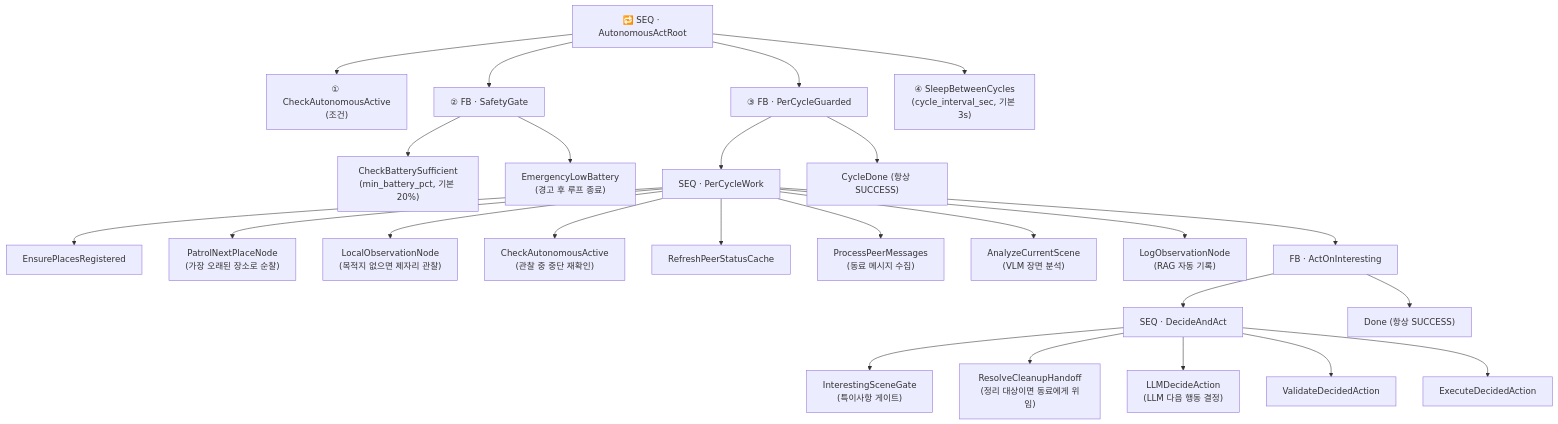
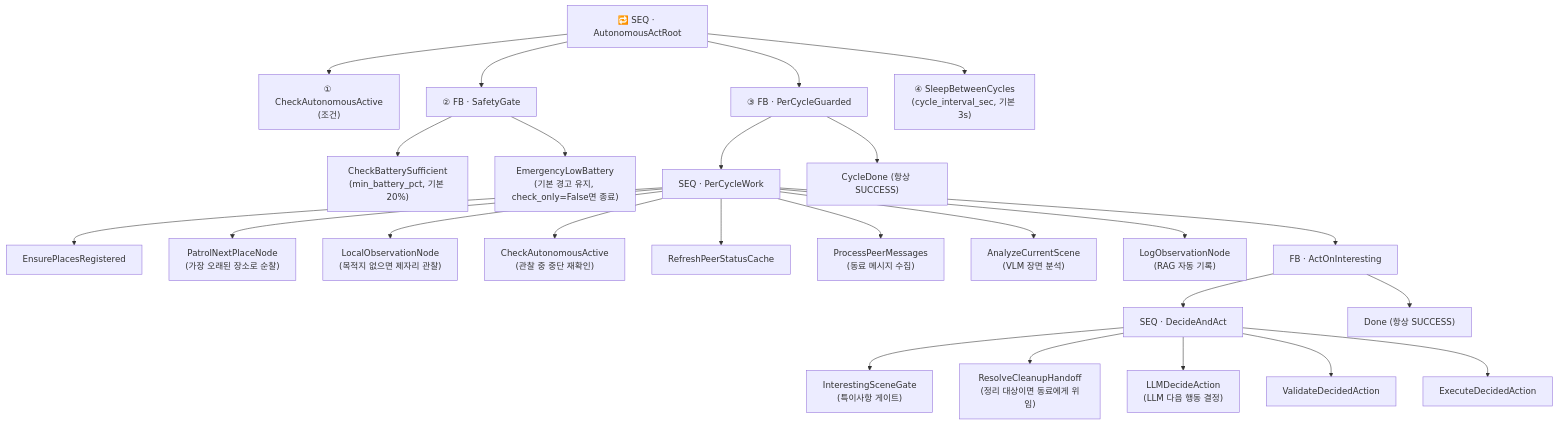
One commit to Open-Edge-Robotics/A.RobotAI-Robot-RoboClaw changed the second of 2 diagrams in docs/behavior-tree/README.md. Above: the diagram before and after it, drawn with Mermaid. The commit also changed other lines of this file and 45 other files, not shown here.

````diff
--- a/docs/behavior-tree/README.md
+++ b/docs/behavior-tree/README.md
@@ -152,32 +152,32 @@
 ```mermaid
 flowchart TB
     Root["🔁 SEQ · AutonomousActRoot"]
     Root --> A1["① CheckAutonomousActive\n(조건)"]
     Root --> A2["② FB · SafetyGate"]
     Root --> A3["③ FB · PerCycleGuarded"]
     Root --> A4["④ SleepBetweenCycles\n(cycle_interval_sec, 기본 3s)"]
 
     A2 --> B1["CheckBatterySufficient\n(min_battery_pct, 기본 20%)"]
-    A2 --> B2["EmergencyLowBattery\n(경고 후 루프 종료)"]
+    A2 --> B2["EmergencyLowBattery\n(기본 경고 유지, check_only=False면 종료)"]
 
     A3 --> C1["SEQ · PerCycleWork"]
     A3 --> C2["CycleDone (항상 SUCCESS)"]
 
     C1 --> D1["EnsurePlacesRegistered"]
     C1 --> D2["PatrolNextPlaceNode\n(가장 오래된 장소로 순찰)"]
     C1 --> D3["LocalObservationNode\n(목적지 없으면 제자리 관찰)"]
     C1 --> D4["CheckAutonomousActive\n(관찰 중 중단 재확인)"]
     C1 --> D5["RefreshPeerStatusCache"]
     C1 --> D6["ProcessPeerMessages\n(동료 메시지 수집)"]
     C1 --> D7["AnalyzeCurrentScene\n(VLM 장면 분석)"]
     C1 --> D8["LogObservationNode\n(RAG 자동 기록)"]
     C1 --> D9["FB · ActOnInteresting"]
 
     D9 --> G1["SEQ · DecideAndAct"]
     D9 --> G2["Done (항상 SUCCESS)"]
     G1 --> H0["InterestingSceneGate\n(특이사항 게이트)"]
     G1 --> H1["ResolveCleanupHandoff\n(정리 대상이면 동료에게 위임)"]
     G1 --> H2["LLMDecideAction\n(LLM 다음 행동 결정)"]
     G1 --> H3["ValidateDecidedAction"]
     G1 --> H4["ExecuteDecidedAction"]
 ```
````
